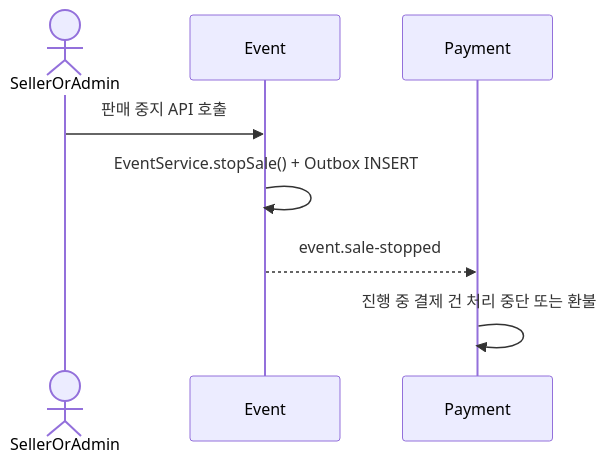
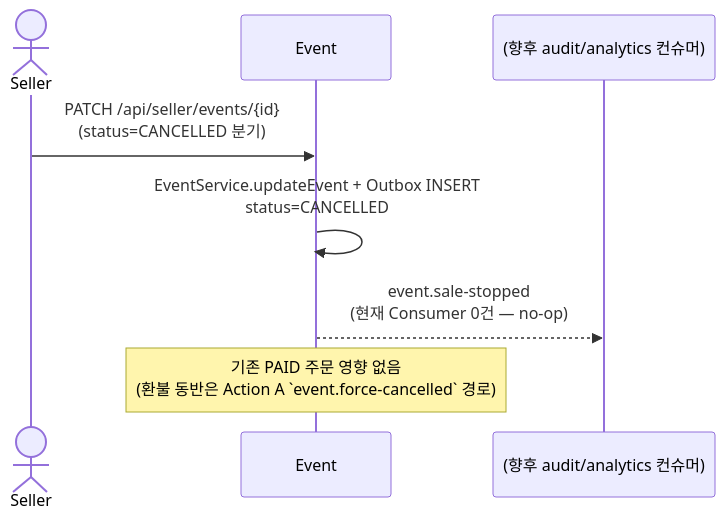
The sixth of 8 diagrams in docs/skills/kafka-impl-plan.md (prgrms-be-adv-devcourse/beadv5_1_HeadbuttingDinosaur_BE), drawn with Mermaid before and after one commit. The commit also changed other lines of this file and 9 other files, not shown here.

First line of the commit message:
docs(skills): kafka·outbox·schema·test 문서군 코드 싱크 정정

````diff
--- a/docs/skills/kafka-impl-plan.md
+++ b/docs/skills/kafka-impl-plan.md
@@ -182,12 +187,11 @@
 ```mermaid
 sequenceDiagram
-    actor SellerOrAdmin
-    participant Event
-    participant Payment
+  actor Seller
+  participant Event
+  participant Audit as (향후 audit/analytics 컨슈머)
 
-    SellerOrAdmin->>Event: 판매 중지 API 호출
-    Event->>Event: EventService.stopSale() + Outbox INSERT
-    Event-->>Payment: event.sale-stopped
-
-    Payment->>Payment: 진행 중 결제 건 처리 중단 또는 환불
+  Seller->>Event: PATCH /api/seller/events/{id}<br/>(status=CANCELLED 분기)
+  Event->>Event: EventService.updateEvent + Outbox INSERT<br/>status=CANCELLED
+  Event-->>Audit: event.sale-stopped<br/>(현재 Consumer 0건 — no-op)
+  Note over Event: 기존 PAID 주문 영향 없음<br/>(환불 동반은 Action A `event.force-cancelled` 경로)
 ```
````
